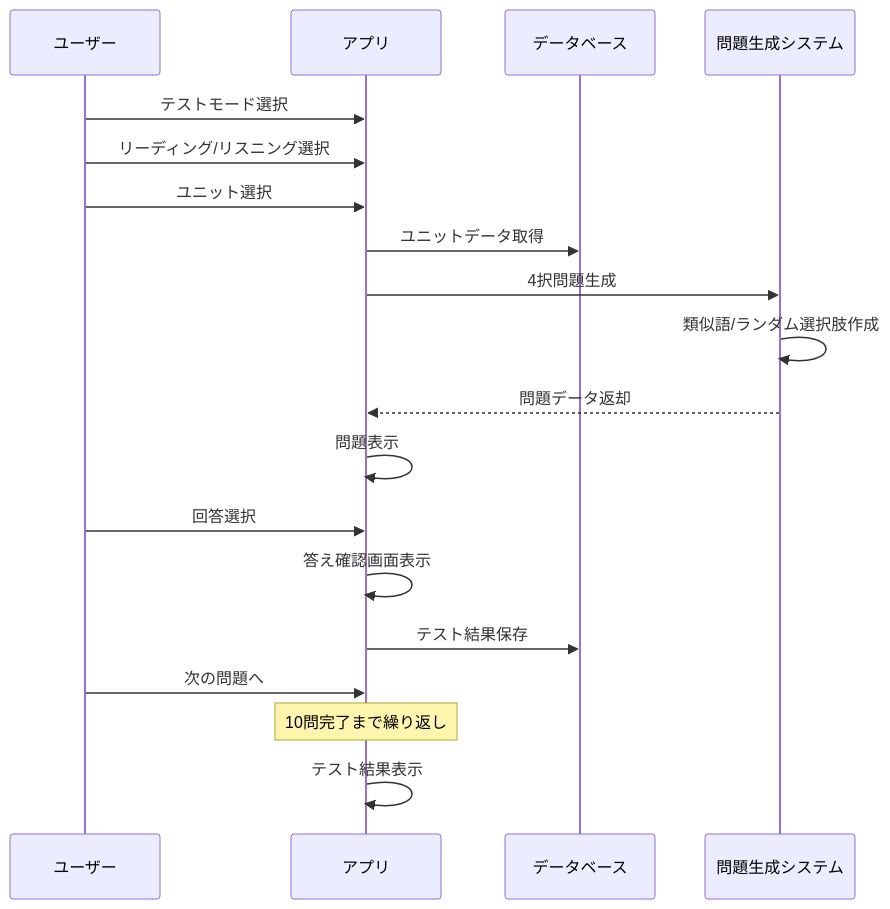
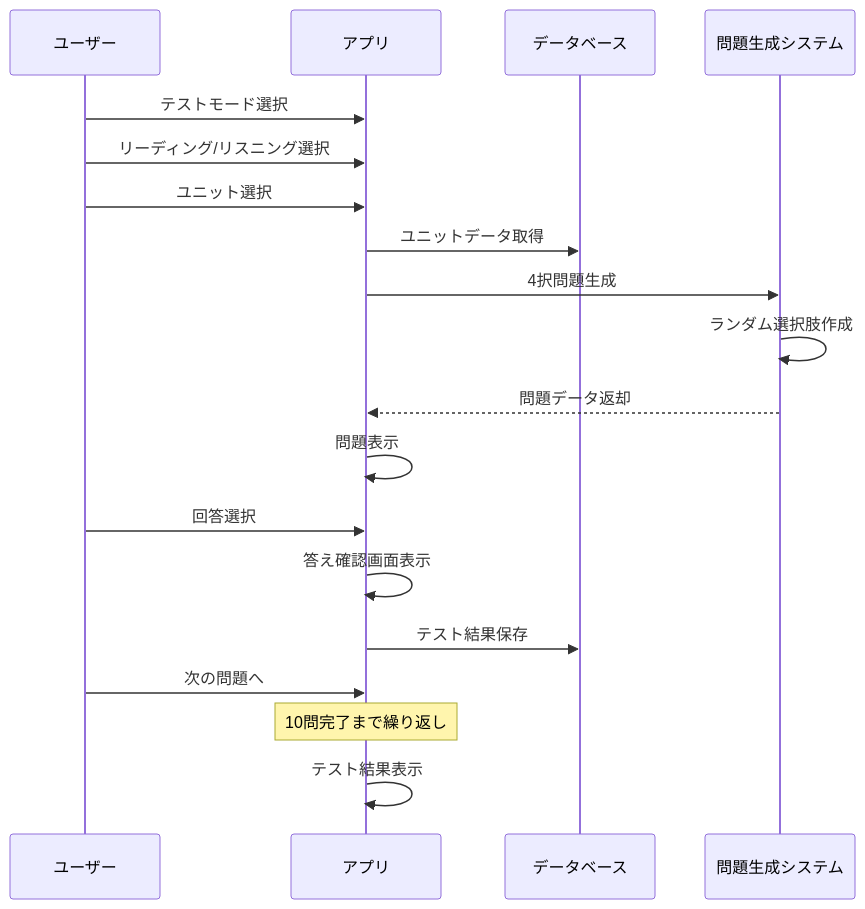
The third of 4 diagrams in docs/screen-flows.md (yuichkun/topik-dojo), drawn with Mermaid before and after one commit. The commit also changed 1 other file, not shown here.

Commit message:
remove類似語選択アルゴリズム from CLAUDE.md and update screen-flows.md to reflect changes in random choice generation

````diff
--- a/docs/screen-flows.md
+++ b/docs/screen-flows.md
@@ -57,22 +57,22 @@
 ```mermaid
 sequenceDiagram
     participant U as ユーザー
     participant A as アプリ
     participant D as データベース
     participant Q as 問題生成システム
     
     U->>A: テストモード選択
     U->>A: リーディング/リスニング選択
     U->>A: ユニット選択
     A->>D: ユニットデータ取得
     A->>Q: 4択問題生成
-    Q->>Q: 類似語/ランダム選択肢作成
+    Q->>Q: ランダム選択肢作成
     Q-->>A: 問題データ返却
     A->>A: 問題表示
     U->>A: 回答選択
     A->>A: 答え確認画面表示
     A->>D: テスト結果保存
     U->>A: 次の問題へ
     Note over A: 10問完了まで繰り返し
     A->>A: テスト結果表示
 ```
````
